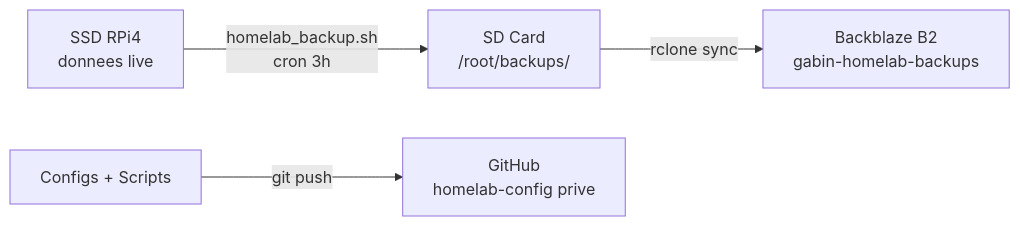
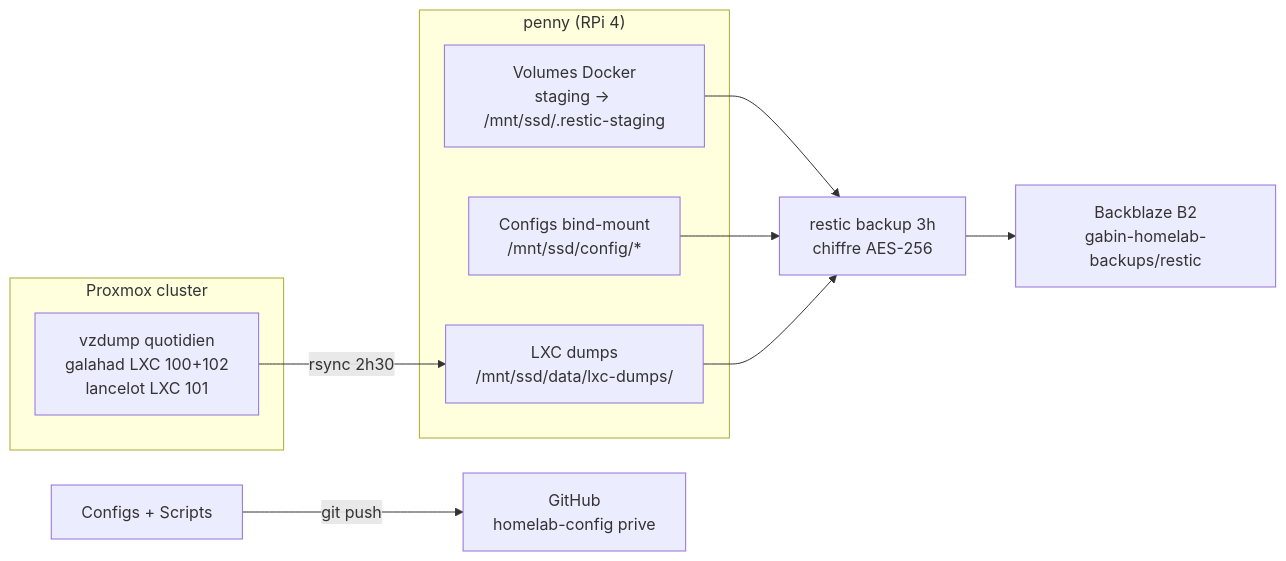
One commit to GabinSMD/homelab-doc changed the first of 2 diagrams in docs/infrastructure/backups.md. Above: the diagram before and after it, drawn with Mermaid. The commit also changed other lines of this file, not shown here.

First line of the commit message:
docs: rewrite backups.md for restic migration

````diff
--- a/docs/infrastructure/backups.md
+++ b/docs/infrastructure/backups.md
@@ -5,6 +5,20 @@
 ```mermaid
 graph LR
-    SSD[SSD RPi4<br/>donnees live] -->|homelab_backup.sh<br/>cron 3h| SD[SD Card<br/>/root/backups/]
-    SD -->|rclone sync| B2[Backblaze B2<br/>gabin-homelab-backups]
+    subgraph penny["penny (RPi 4)"]
+        volumes[Volumes Docker<br/>staging → /mnt/ssd/.restic-staging]
+        configs[Configs bind-mount<br/>/mnt/ssd/config/*]
+        dumps[LXC dumps<br/>/mnt/ssd/data/lxc-dumps/]
+    end
+
+    subgraph cluster["Proxmox cluster"]
+        vzdump[vzdump quotidien<br/>galahad LXC 100+102<br/>lancelot LXC 101]
+    end
+
+    vzdump -->|rsync 2h30| dumps
+    volumes --> restic
+    configs --> restic
+    dumps --> restic
+
+    restic[restic backup 3h<br/>chiffre AES-256] --> B2[Backblaze B2<br/>gabin-homelab-backups/restic]
     Git[Configs + Scripts] -->|git push| GitHub[GitHub<br/>homelab-config prive]
 ```
````
